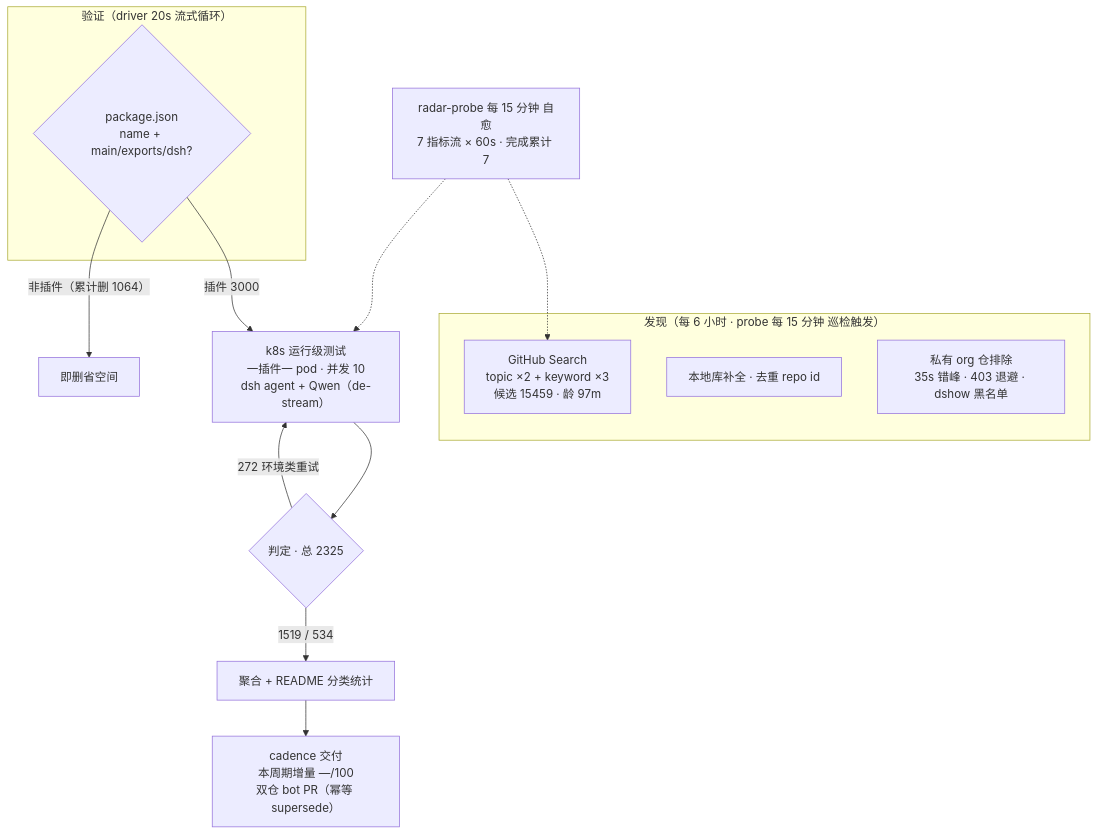
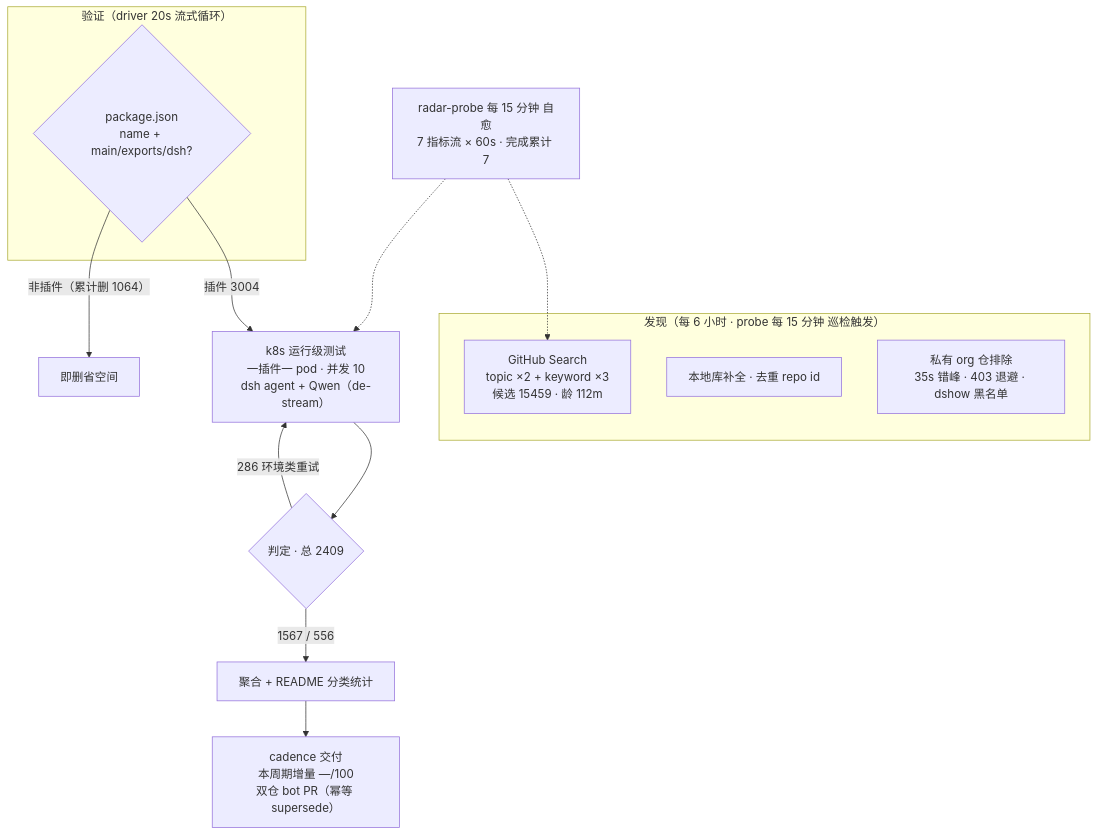
Before and after one commit to Zhidao-Lab-OSS/awesome-dsh-plugins: the diagram in README.md, drawn with Mermaid. The commit also changed other lines of this file and 1 other file, not shown here.

````diff
--- a/README.md
+++ b/README.md
@@ -37,20 +37,20 @@
 ```mermaid
 flowchart TB
     subgraph Discovery["发现（每 6 小时 · probe 每 15 分钟 巡检触发）"]
-        A1["GitHub Search<br/>topic ×2 + keyword ×3<br/>候选 15459 · 龄 97m"]
+        A1["GitHub Search<br/>topic ×2 + keyword ×3<br/>候选 15459 · 龄 112m"]
         A2["本地库补全 · 去重 repo id"]
         A3["私有 org 仓排除<br/>35s 错峰 · 403 退避 · dshow 黑名单"]
     end
     subgraph Validation["验证（driver 20s 流式循环）"]
         B1{"package.json<br/>name + main/exports/dsh?"}
     end
-    B1 -->|"插件 3000"| C1["k8s 运行级测试<br/>一插件一 pod · 并发 10<br/>dsh agent + Qwen（de-stream）"]
+    B1 -->|"插件 3004"| C1["k8s 运行级测试<br/>一插件一 pod · 并发 10<br/>dsh agent + Qwen（de-stream）"]
     B1 -->|"非插件（累计删 1064）"| B3["即删省空间"]
-    C1 --> D1{"判定 · 总 2325"}
-    D1 -->|"1519 / 534"| E1["聚合 + README 分类统计"]
-    D1 -->|"272 环境类重试"| C1
+    C1 --> D1{"判定 · 总 2409"}
+    D1 -->|"1567 / 556"| E1["聚合 + README 分类统计"]
+    D1 -->|"286 环境类重试"| C1
     E1 --> E2["cadence 交付<br/>本周期增量 —/100<br/>双仓 bot PR（幂等 supersede）"]
     M["radar-probe 每 15 分钟 自愈<br/>7 指标流 × 60s · 完成累计 7"]
     M -.-> A1
     M -.-> C1
 ```
````
